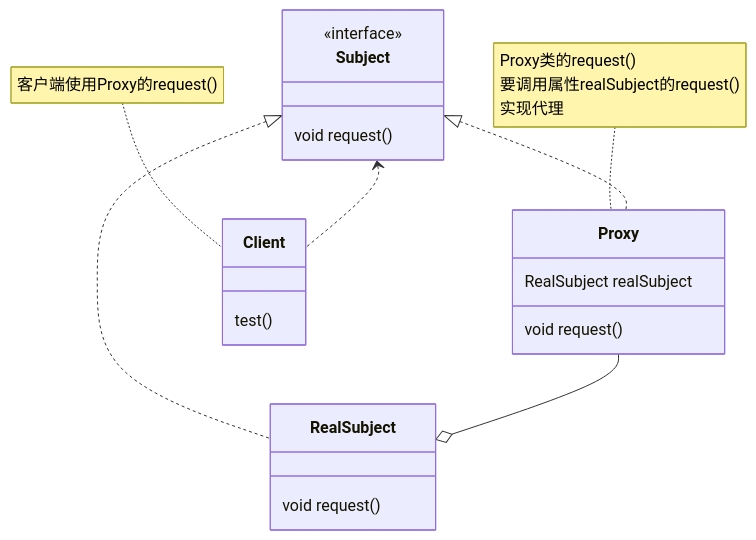
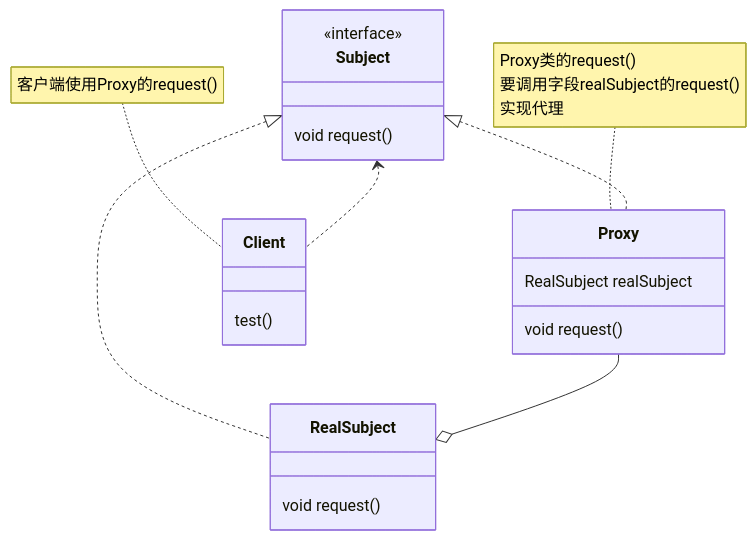
The fourth of 5 diagrams in java/SE/java SE.md (EBAOBAO/MyNotes), drawn with Mermaid before and after one commit. The commit also changed other lines of this file and 1 other file, not shown here.

````diff
--- a/java/SE/java SE.md
+++ b/java/SE/java SE.md
@@ -6011,32 +6056,32 @@
 ```mermaid
 classDiagram
 
 class Subject {
 	void request()
 }
 <<interface>> Subject
 
 class RealSubject {
 	void request()
 }
 
 class Proxy {
 	RealSubject realSubject
 	void request()
 }
 
 class Client {
 	test()
 }
 
 Subject <|.. RealSubject
 Subject <|.. Proxy
 Proxy --o RealSubject
 Subject <.. Client
 
 note for Proxy "Proxy类的request()
-要调用属性realSubject的request()
+要调用字段realSubject的request()
 实现代理"
 
 note for Client "客户端使用Proxy的request()"
 ```
````
